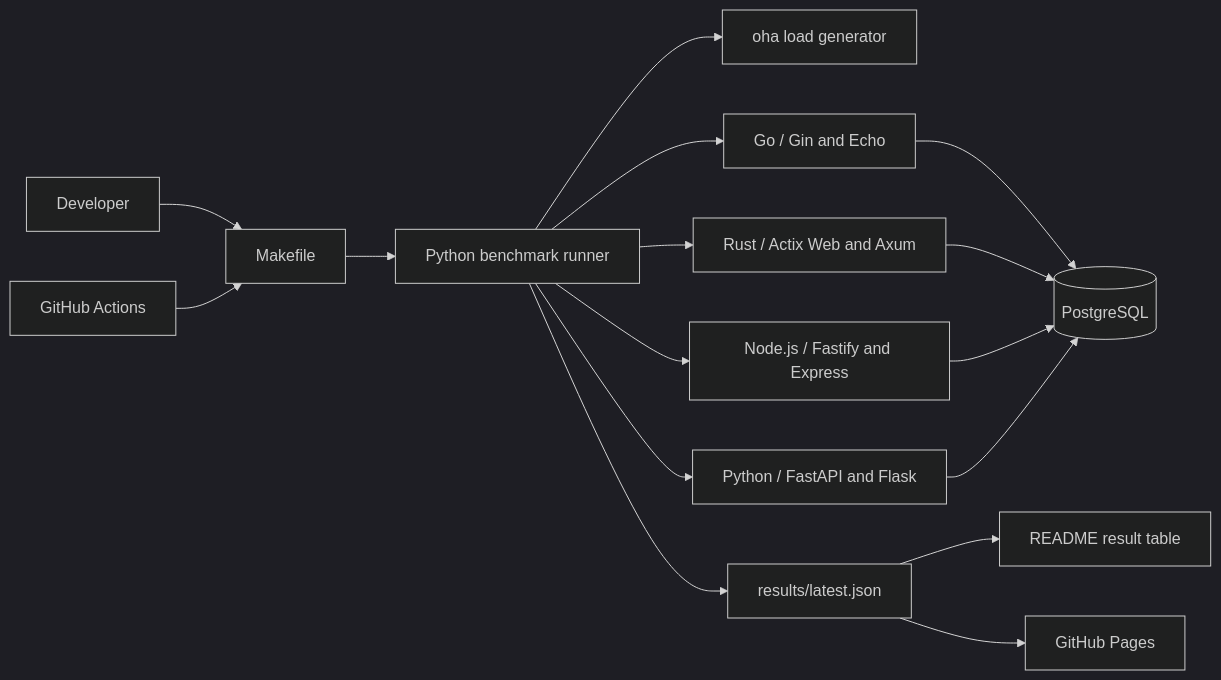
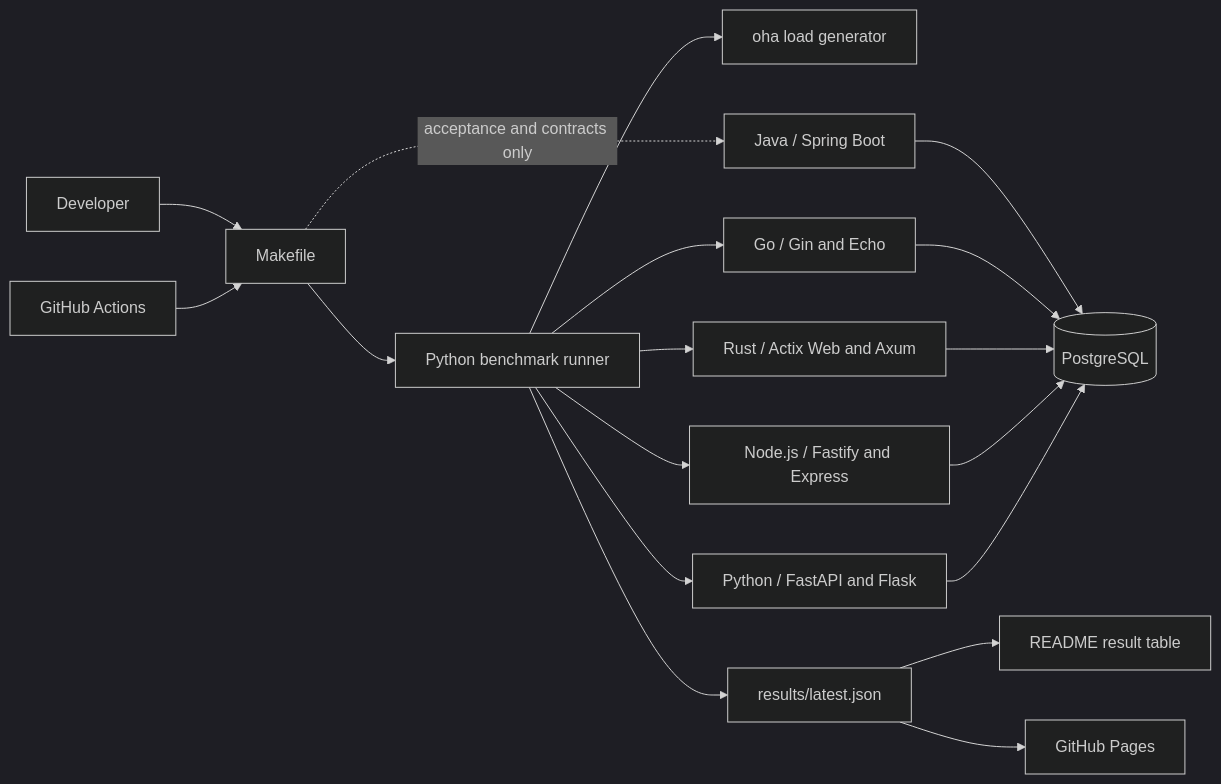
Before and after one commit to tappe9/simple-api-benchmark: the diagram in ARCHITECTURE.md, drawn with Mermaid (dark theme). The commit also changed other lines of this file and 51 other files, not shown here.

First line of the commit message:
feat: add Java Spring Boot implementation (#69)

````diff
--- a/ARCHITECTURE.md
+++ b/ARCHITECTURE.md
@@ -29,18 +29,20 @@
 ```mermaid
 flowchart LR
     U[Developer] --> M[Makefile]
     G[GitHub Actions] --> M
     M --> R[Python benchmark runner]
     R --> O[oha load generator]
     R --> A1[Go / Gin and Echo]
     R --> A2[Rust / Actix Web and Axum]
     R --> A3[Node.js / Fastify and Express]
     R --> A4[Python / FastAPI and Flask]
+    M -. acceptance and contracts only .-> A5[Java / Spring Boot]
+    A5 --> P
     A1 --> P[(PostgreSQL)]
     A2 --> P
     A3 --> P
     A4 --> P
     R --> J[results/latest.json]
     J --> D[README result table]
     J --> S[GitHub Pages]
 ```
````
